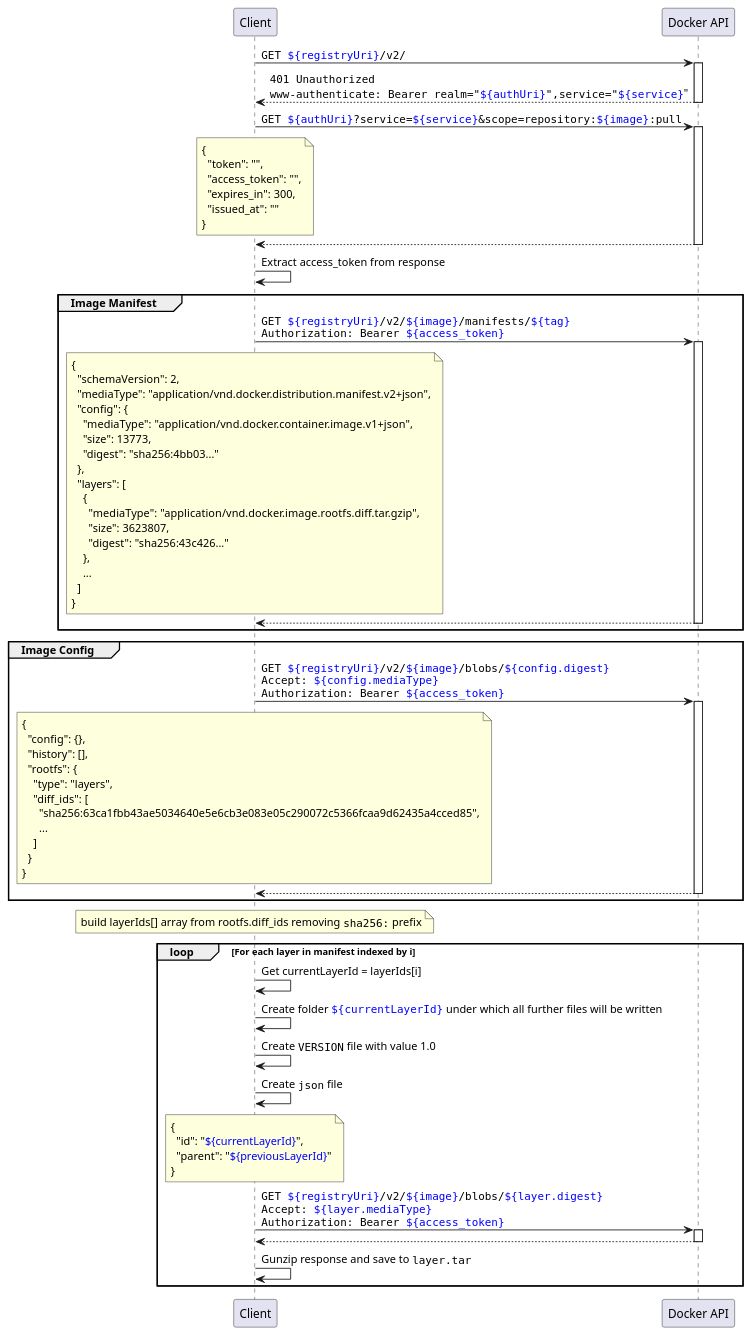
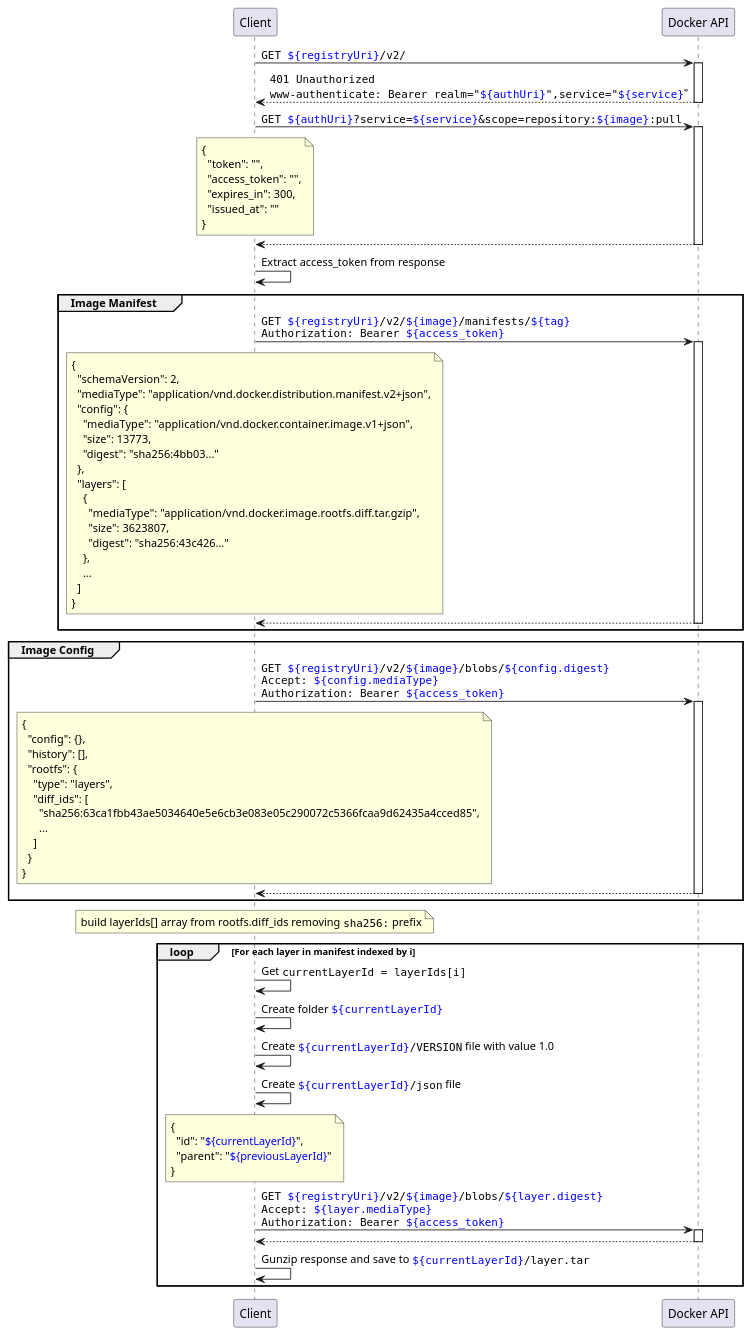
One commit to xshyamx/docker-download changed the diagram in doc/img/seq.plantuml. Above: the diagram before and after it, drawn with PlantUML. The commit also changed 1 other file, not shown here.

```diff
--- a/doc/img/seq.plantuml
+++ b/doc/img/seq.plantuml
@@ -1,85 +1,85 @@
 @startuml
 ' seq
 participant "Client" as c
 participant "Docker API" as s
 
 
 ' get authUri
 c -> s ++: ""GET <color:blue>${registryUri}</color>/v2/""
 return ""401 Unauthorized""\n""www-authenticate: Bearer realm="<color:blue>${authUri}</color>",service="<color:blue>${service}</color>"""
 ' get token
 c -> s ++: ""GET <color:blue>${authUri}</color>?service=<color:blue>${service}</color>&scope=repository:<color:blue>${image}</color>:pull""
 note over c
 {
   "token": "",
   "access_token": "",
   "expires_in": 300,
   "issued_at": ""
 }
 end note
 return
 c -> c: Extract access_token from response
 ' manifest
 group Image Manifest
   c -> s ++: ""GET <color:blue>${registryUri}</color>/v2/<color:blue>${image}</color>/manifests/<color:blue>${tag}</color>""\n""Authorization: Bearer <color:blue>${access_token}</color>""
   note over c
   {
     "schemaVersion": 2,
     "mediaType": "application/vnd.docker.distribution.manifest.v2+json",
     "config": {
       "mediaType": "application/vnd.docker.container.image.v1+json",
       "size": 13773,
       "digest": "sha256:4bb03..."
     },
     "layers": [
       {
         "mediaType": "application/vnd.docker.image.rootfs.diff.tar.gzip",
         "size": 3623807,
         "digest": "sha256:43c426..."
       },
       ...
     ]
   }
   end note
   return
 end group
 ' image config
 group Image Config
   c -> s ++: ""GET <color:blue>${registryUri}</color>/v2/<color:blue>${image}</color>/blobs/<color:blue>${config.digest}</color>""\n""Accept: <color:blue>${config.mediaType}</color>""\n""Authorization: Bearer <color:blue>${access_token}</color>""
   note over c
   {
     "config": {},
     "history": [],
     "rootfs": {
       "type": "layers",
       "diff_ids": [
         "sha256:63ca1fbb43ae5034640e5e6cb3e083e05c290072c5366fcaa9d62435a4cced85",
         ...
       ]
     }
   }
   end note
   return
 end group
 
 note over c
 build layerIds[] array from rootfs.diff_ids removing ""sha256:"" prefix
 end note
 
 ' layers
 loop For each layer in manifest indexed by i
-  c -> c: Get currentLayerId = layerIds[i]
-  c -> c: Create folder ""<color:blue>${currentLayerId}</color>"" under which all further files will be written
-  c -> c: Create ""VERSION"" file with value 1.0
-  c -> c: Create ""json"" file
+  c -> c: Get ""currentLayerId = layerIds[i]""
+  c -> c: Create folder ""<color:blue>${currentLayerId}</color>""
+  c -> c: Create ""<color:blue>${currentLayerId}</color>/VERSION"" file with value 1.0
+  c -> c: Create ""<color:blue>${currentLayerId}</color>/json"" file
   note over c
   {
     "id": "<color:blue>${currentLayerId}</color>",
     "parent": "<color:blue>${previousLayerId}</color>"
   }
   end note
   c -> s ++: ""GET <color:blue>${registryUri}</color>/v2/<color:blue>${image}</color>/blobs/<color:blue>${layer.digest}</color>""\n""Accept: <color:blue>${layer.mediaType}</color>""\n""Authorization: Bearer <color:blue>${access_token}</color>""
   return
-  c -> c: Gunzip response and save to ""layer.tar""
+  c -> c: Gunzip response and save to ""<color:blue>${currentLayerId}</color>/layer.tar""
 end loop
 @enduml
```
